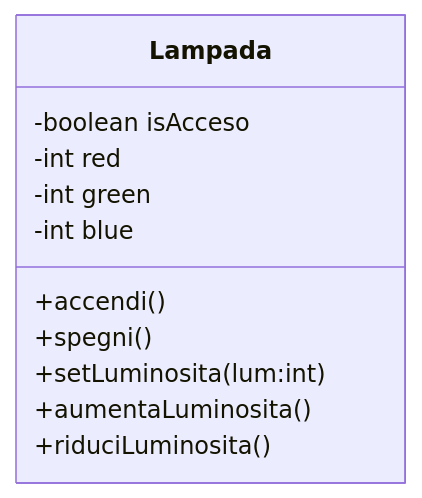
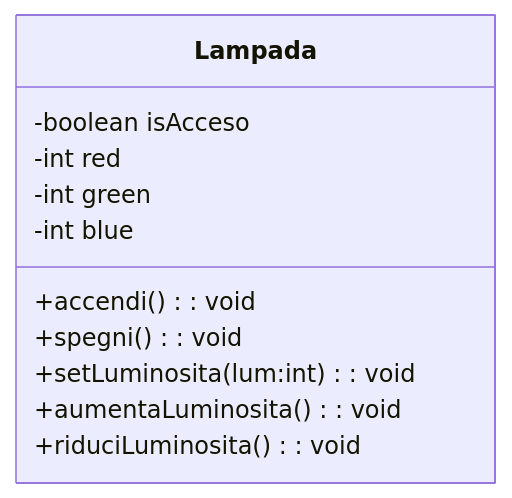
Before and after one commit to wbigger/2024-4Cinf-progetto-iot: the diagram in README.md, drawn with Mermaid.

````diff
--- a/README.md
+++ b/README.md
@@ -5,14 +5,14 @@
 ```mermaid
 classDiagram
     class Lampada {
     -boolean isAcceso
     -int red
     -int green
     -int blue
-    +accendi()
-    +spegni()
-    +setLuminosita(lum:int)
-    +aumentaLuminosita()
-    +riduciLuminosita()
+    +accendi() : void
+    +spegni() : void
+    +setLuminosita(lum:int) : void
+    +aumentaLuminosita() : void
+    +riduciLuminosita() : void
     }
 ```
````
